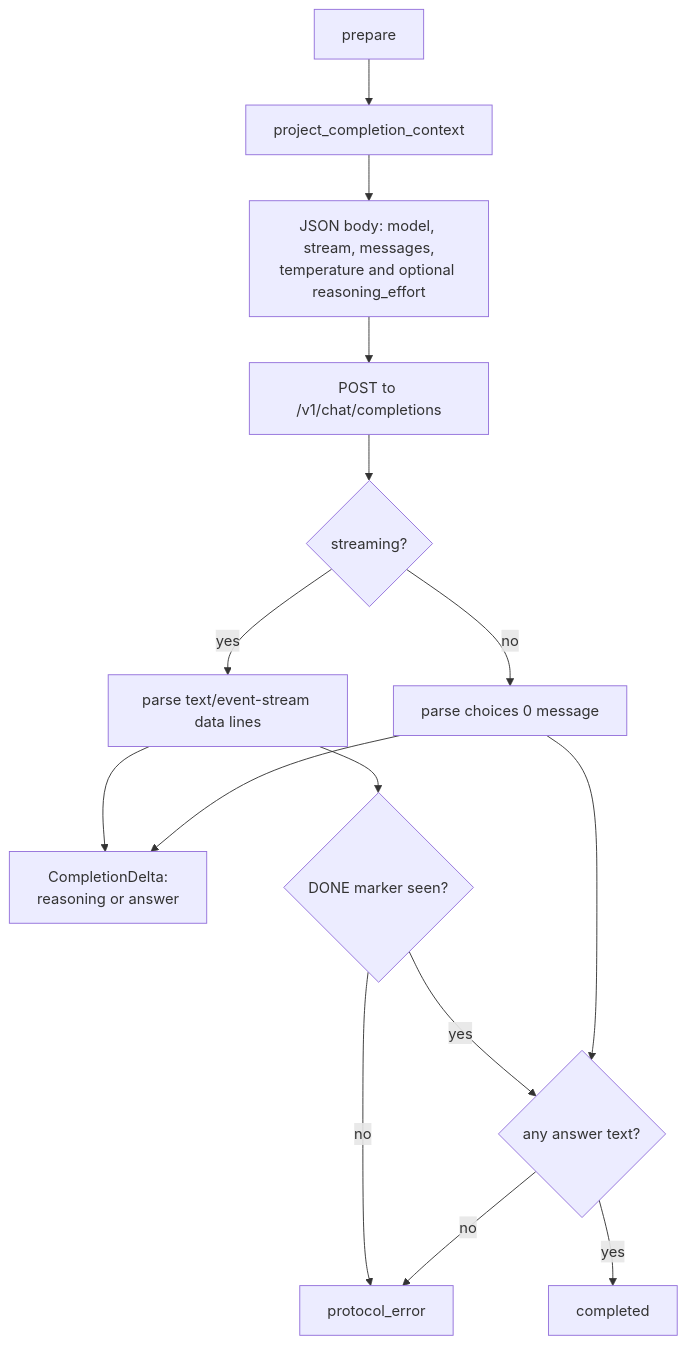
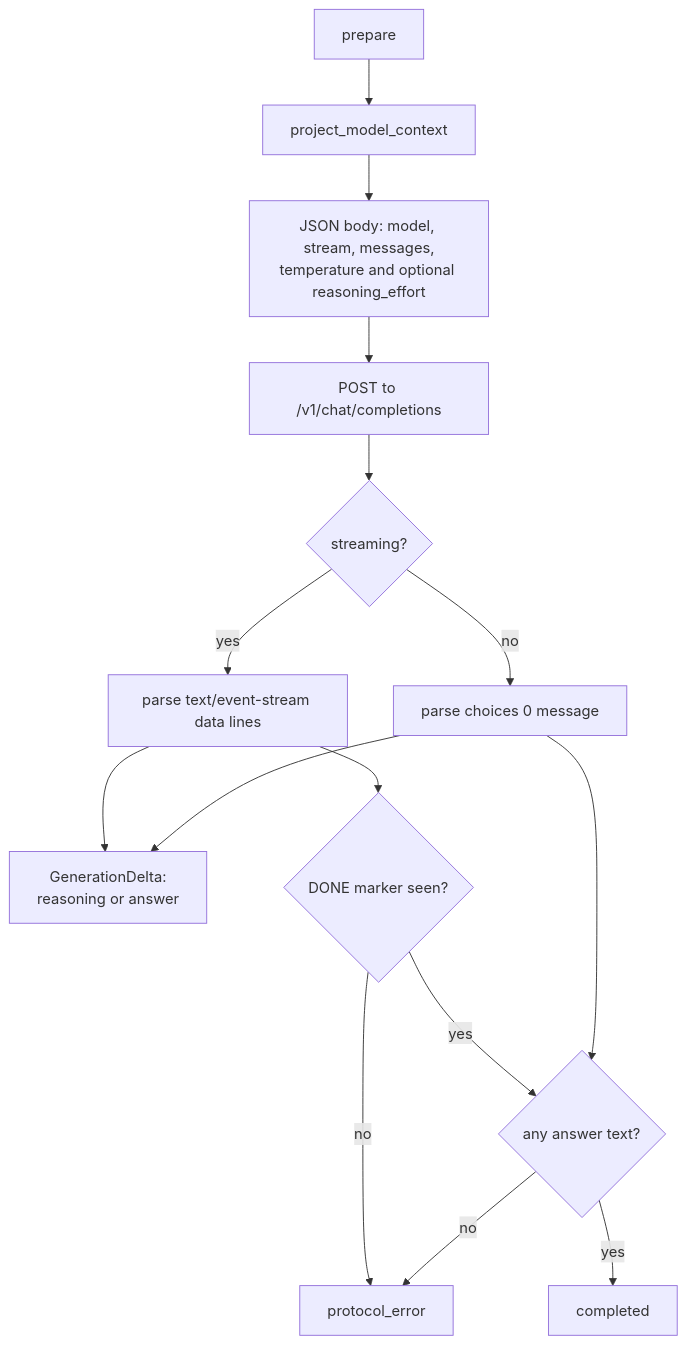
The third of 4 diagrams in src/agents/README.md (michaelpopov/cha), drawn with Mermaid before and after one commit. The commit also changed other lines of this file and 62 other files, not shown here.

````diff
--- a/src/agents/README.md
+++ b/src/agents/README.md
@@ -227,17 +227,17 @@
 ```mermaid
 flowchart TD
-    prep["prepare"] --> proj["project_completion_context"]
+    prep["prepare"] --> proj["project_model_context"]
     proj --> body["JSON body: model, stream, messages,<br/>temperature and optional reasoning_effort"]
     body --> post["POST to /v1/chat/completions"]
     post --> mode{"streaming?"}
     mode -->|"yes"| sse["parse text/event-stream data lines"]
     mode -->|"no"| json["parse choices 0 message"]
-    sse --> frag["CompletionDelta:<br/>reasoning or answer"]
+    sse --> frag["GenerationDelta:<br/>reasoning or answer"]
     json --> frag
     sse --> done{"DONE marker seen?"}
     done -->|"no"| perr["protocol_error"]
     done -->|"yes"| ans{"any answer text?"}
     json --> ans
     ans -->|"no"| perr
     ans -->|"yes"| ok["completed"]
 ```
````
